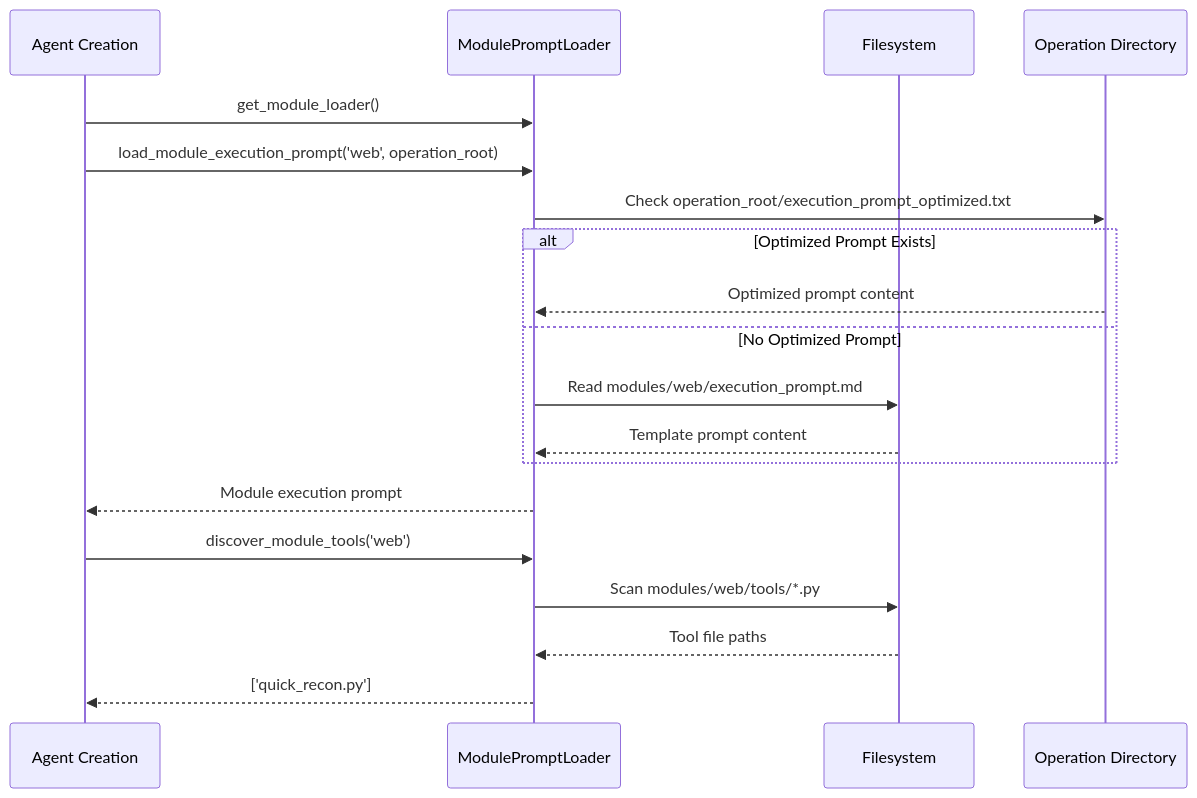
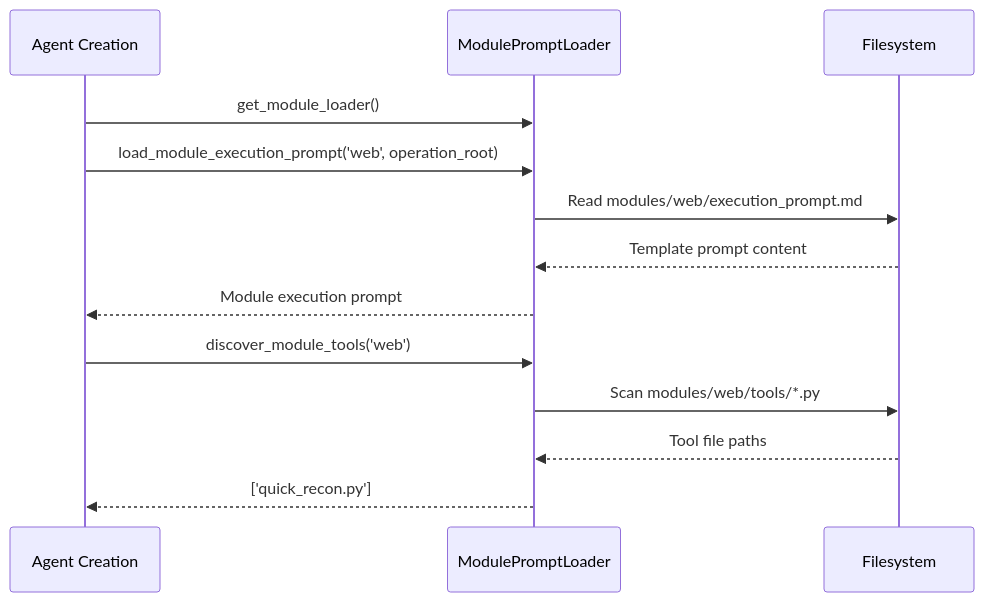
One commit to double16/Cyber-AutoAgent-ng changed the second of 5 diagrams in docs/prompt_management.md. Above: the diagram before and after it, drawn with Mermaid. The commit also changed other lines of this file and 112 other files, not shown here.

````diff
--- a/docs/prompt_management.md
+++ b/docs/prompt_management.md
@@ -108,23 +109,17 @@
 ```mermaid
 sequenceDiagram
     participant A as Agent Creation
     participant L as ModulePromptLoader
     participant F as Filesystem
-    participant P as Operation Directory
 
     A->>L: get_module_loader()
     A->>L: load_module_execution_prompt('web', operation_root)
-    L->>P: Check operation_root/execution_prompt_optimized.txt
-    alt Optimized Prompt Exists
-        P-->>L: Optimized prompt content
-    else No Optimized Prompt
-        L->>F: Read modules/web/execution_prompt.md
-        F-->>L: Template prompt content
-    end
+    L->>F: Read modules/web/execution_prompt.md
+    F-->>L: Template prompt content
     L-->>A: Module execution prompt
 
     A->>L: discover_module_tools('web')
     L->>F: Scan modules/web/tools/*.py
     F-->>L: Tool file paths
     L-->>A: ['quick_recon.py']
 ```
````
